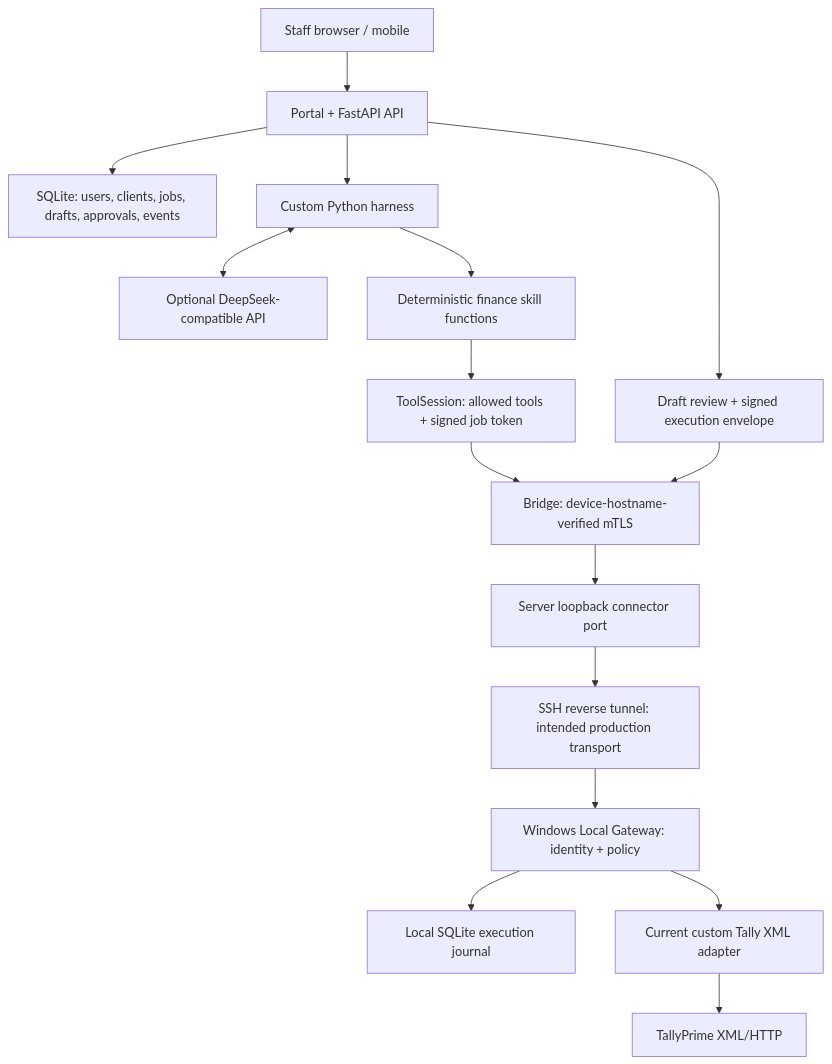
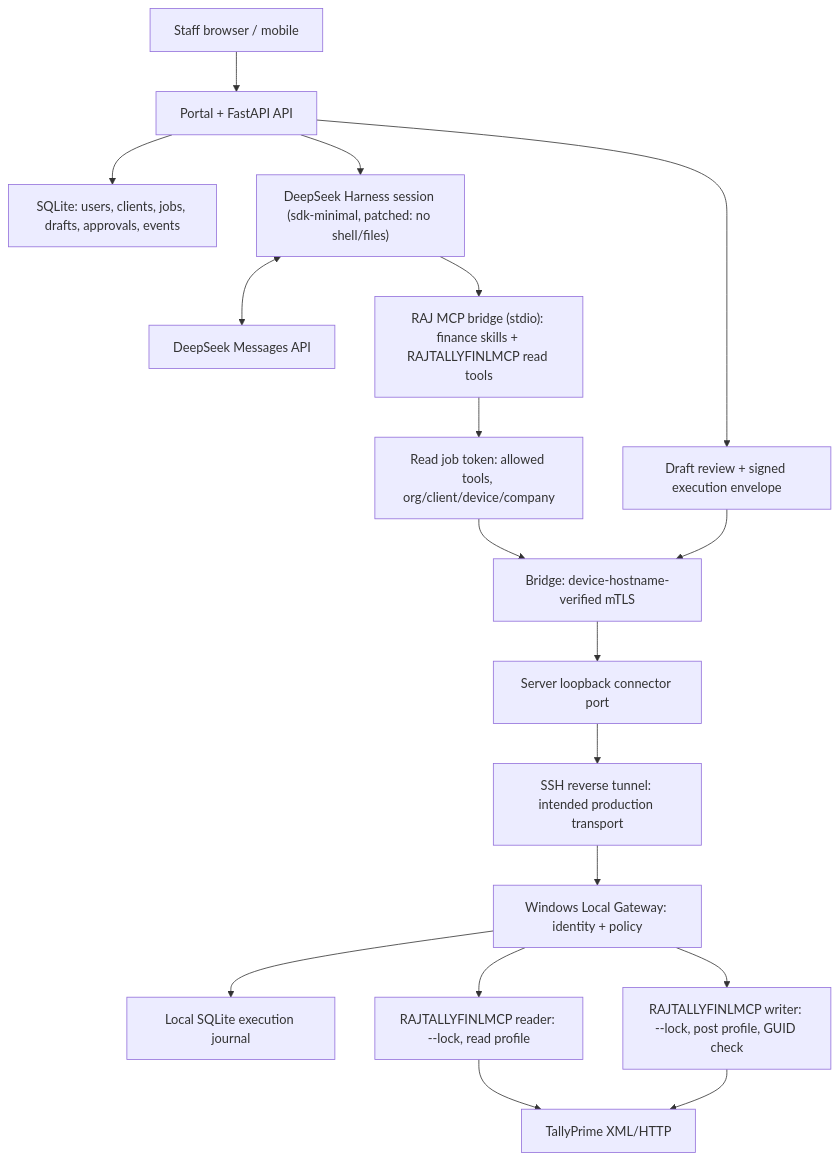
The first of 3 diagrams in docs/WORKFLOW.md (vrajkher/Supererpagent), drawn with Mermaid before and after one commit. The commit also changed other lines of this file and 21 other files, not shown here.

````diff
--- a/docs/WORKFLOW.md
+++ b/docs/WORKFLOW.md
@@ -13,18 +16,20 @@
 ```mermaid
 flowchart TD
     USER["Staff browser / mobile"] --> PORTAL["Portal + FastAPI API"]
     PORTAL --> DB["SQLite: users, clients, jobs, drafts, approvals, events"]
-    PORTAL --> HARNESS["Custom Python harness"]
-    HARNESS <--> MODEL["Optional DeepSeek-compatible API"]
-    HARNESS --> SKILLS["Deterministic finance skill functions"]
-    SKILLS --> SESSION["ToolSession: allowed tools + signed job token"]
+    PORTAL --> HARNESS["DeepSeek Harness session (sdk-minimal, patched: no shell/files)"]
+    HARNESS <--> MODEL["DeepSeek Messages API"]
+    HARNESS --> AMCP["RAJ MCP bridge (stdio): finance skills + RAJTALLYFINLMCP read tools"]
+    AMCP --> SESSION["Read job token: allowed tools, org/client/device/company"]
     SESSION --> BRIDGE["Bridge: device-hostname-verified mTLS"]
     PORTAL --> APPROVAL["Draft review + signed execution envelope"]
     APPROVAL --> BRIDGE
     BRIDGE --> ROUTE["Server loopback connector port"]
     ROUTE --> TUNNEL["SSH reverse tunnel: intended production transport"]
     TUNNEL --> GATEWAY["Windows Local Gateway: identity + policy"]
     GATEWAY --> JOURNAL["Local SQLite execution journal"]
-    GATEWAY --> ADAPTER["Current custom Tally XML adapter"]
-    ADAPTER --> TALLY["TallyPrime XML/HTTP"]
+    GATEWAY --> READER["RAJTALLYFINLMCP reader: --lock, read profile"]
+    GATEWAY --> WRITER["RAJTALLYFINLMCP writer: --lock, post profile, GUID check"]
+    READER --> TALLY["TallyPrime XML/HTTP"]
+    WRITER --> TALLY
 ```
````
